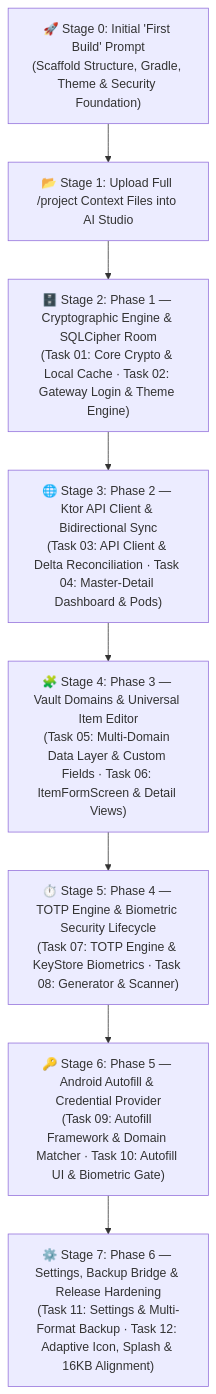
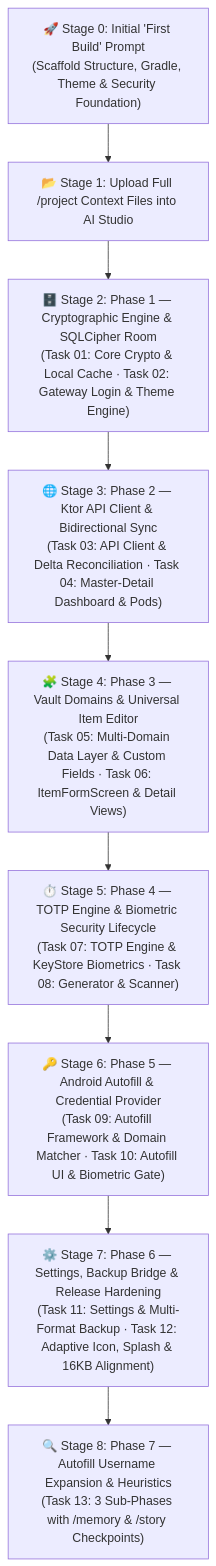
One commit to ClawStackStudios/ShellGuard-Mobile changed the diagram in project/meta-prompt-ai-studio.md. Above: the diagram before and after it, drawn with Mermaid. The commit also changed other lines of this file and 12 other files, not shown here.

````diff
--- a/project/meta-prompt-ai-studio.md
+++ b/project/meta-prompt-ai-studio.md
@@ -14,19 +14,21 @@
 ```mermaid
 flowchart TD
     Step0["🚀 Stage 0: Initial 'First Build' Prompt<br/>(Scaffold Structure, Gradle, Theme & Security Foundation)"]
     UploadContext["📂 Stage 1: Upload Full /project Context Files into AI Studio"]
     Phase1["🗄️ Stage 2: Phase 1 — Cryptographic Engine & SQLCipher Room<br/>(Task 01: Core Crypto & Local Cache · Task 02: Gateway Login & Theme Engine)"]
     Phase2["🌐 Stage 3: Phase 2 — Ktor API Client & Bidirectional Sync<br/>(Task 03: API Client & Delta Reconciliation · Task 04: Master-Detail Dashboard & Pods)"]
     Phase3["🧩 Stage 4: Phase 3 — Vault Domains & Universal Item Editor<br/>(Task 05: Multi-Domain Data Layer & Custom Fields · Task 06: ItemFormScreen & Detail Views)"]
     Phase4["⏱️ Stage 5: Phase 4 — TOTP Engine & Biometric Security Lifecycle<br/>(Task 07: TOTP Engine & KeyStore Biometrics · Task 08: Generator & Scanner)"]
     Phase5["🔑 Stage 6: Phase 5 — Android Autofill & Credential Provider<br/>(Task 09: Autofill Framework & Domain Matcher · Task 10: Autofill UI & Biometric Gate)"]
     Phase6["⚙️ Stage 7: Phase 6 — Settings, Backup Bridge & Release Hardening<br/>(Task 11: Settings & Multi-Format Backup · Task 12: Adaptive Icon, Splash & 16KB Alignment)"]
+    Phase7["🔍 Stage 8: Phase 7 — Autofill Username Expansion & Heuristics<br/>(Task 13: 3 Sub-Phases with /memory & /story Checkpoints)"]
 
     Step0 --> UploadContext
     UploadContext --> Phase1
     Phase1 --> Phase2
     Phase2 --> Phase3
     Phase3 --> Phase4
     Phase4 --> Phase5
     Phase5 --> Phase6
+    Phase6 --> Phase7
 ```
````
